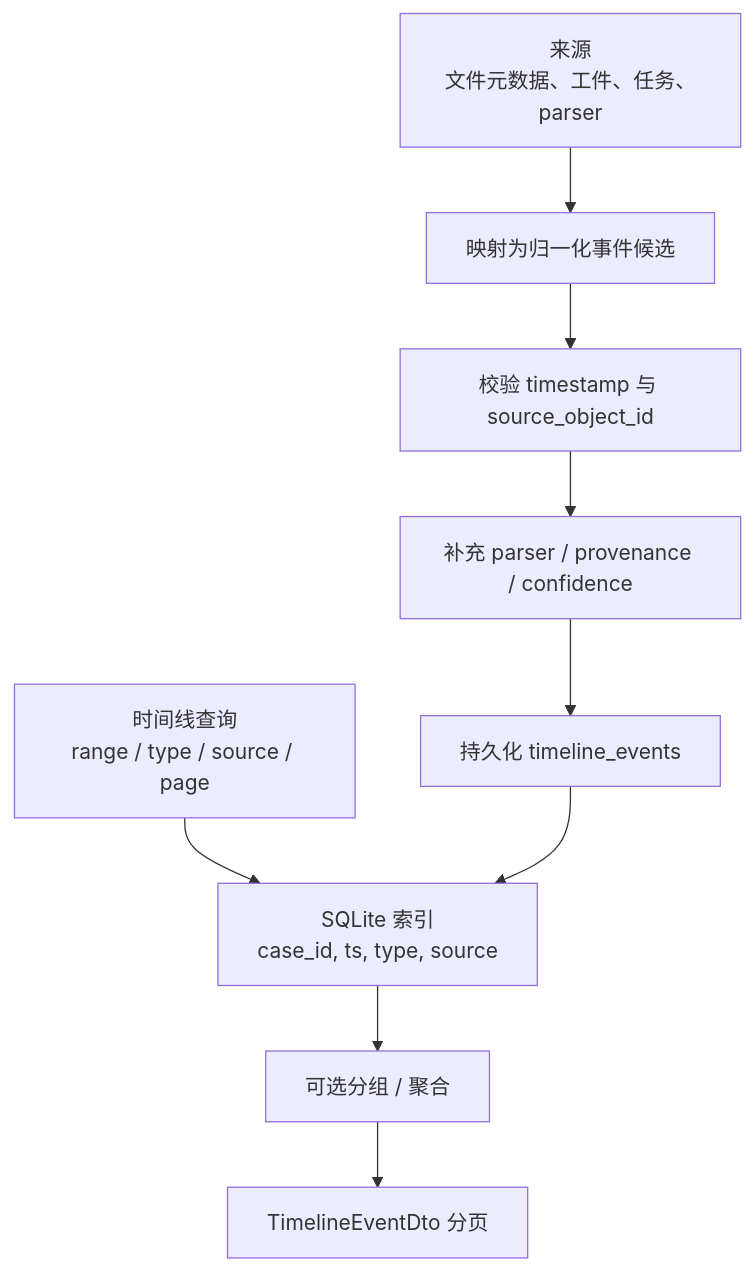
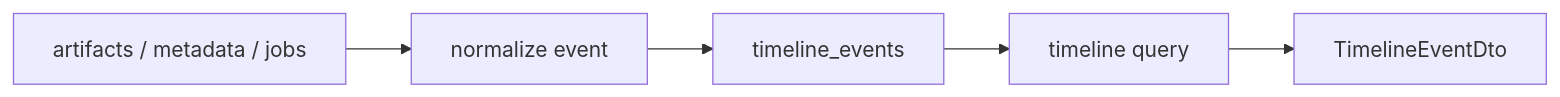
The tenth of 14 diagrams in docs/model-architecture-algorithm-diagrams.md (lQ-A-Ql/meow-detective), drawn with Mermaid before and after one commit. The commit also changed other lines of this file and 46 other files, not shown here.

````diff
--- a/docs/model-architecture-algorithm-diagrams.md
+++ b/docs/model-architecture-algorithm-diagrams.md
@@ -381,16 +232,10 @@
 ```mermaid
-flowchart TB
-  Sources["来源<br/>文件元数据、工件、任务、parser"]
-  Map["映射为归一化事件候选"]
-  Validate["校验 timestamp 与 source_object_id"]
-  Enrich["补充 parser / provenance / confidence"]
-  Persist["持久化 timeline_events"]
-  Query["时间线查询<br/>range / type / source / page"]
-  Indexes["SQLite 索引<br/>case_id, ts, type, source"]
-  Aggregate["可选分组 / 聚合"]
-  Dto["TimelineEventDto 分页"]
+flowchart LR
+  Source["artifacts / metadata / jobs"]
+  Map["normalize event"]
+  Persist["timeline_events"]
+  Query["timeline query"]
+  DTO["TimelineEventDto"]
 
-  Sources --> Map --> Validate --> Enrich --> Persist
-  Query --> Indexes --> Aggregate --> Dto
-  Persist --> Indexes
+  Source --> Map --> Persist --> Query --> DTO
 ```
````
